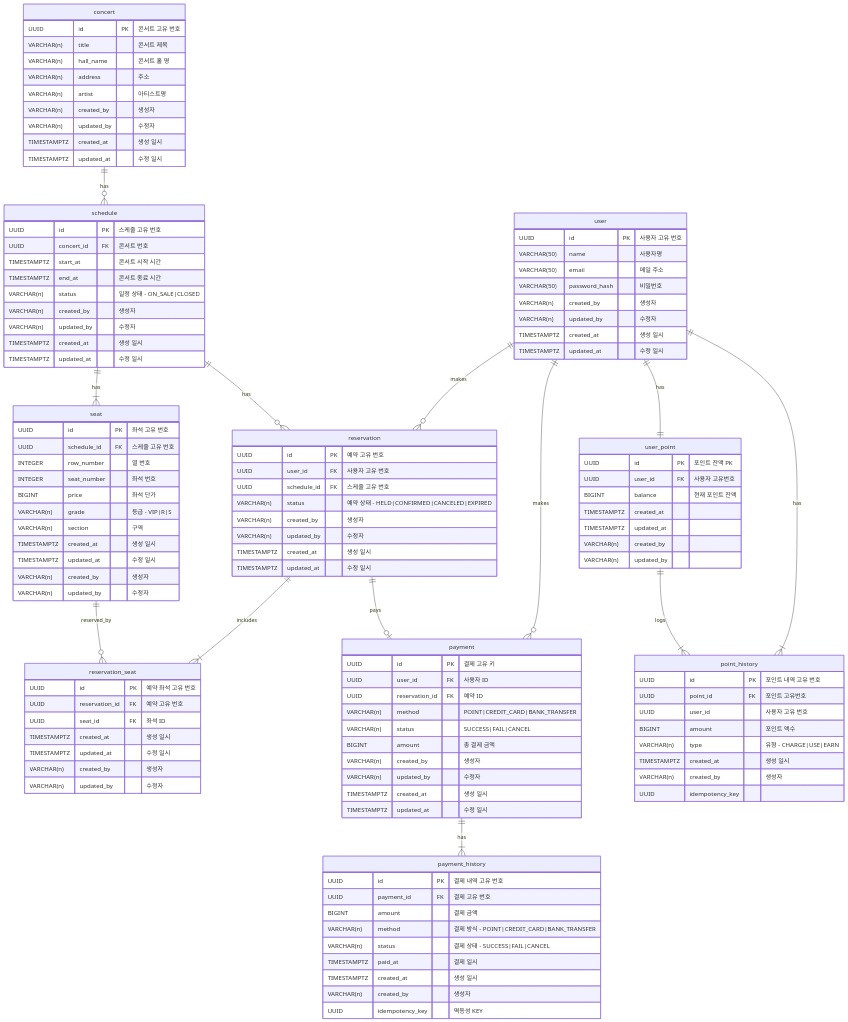
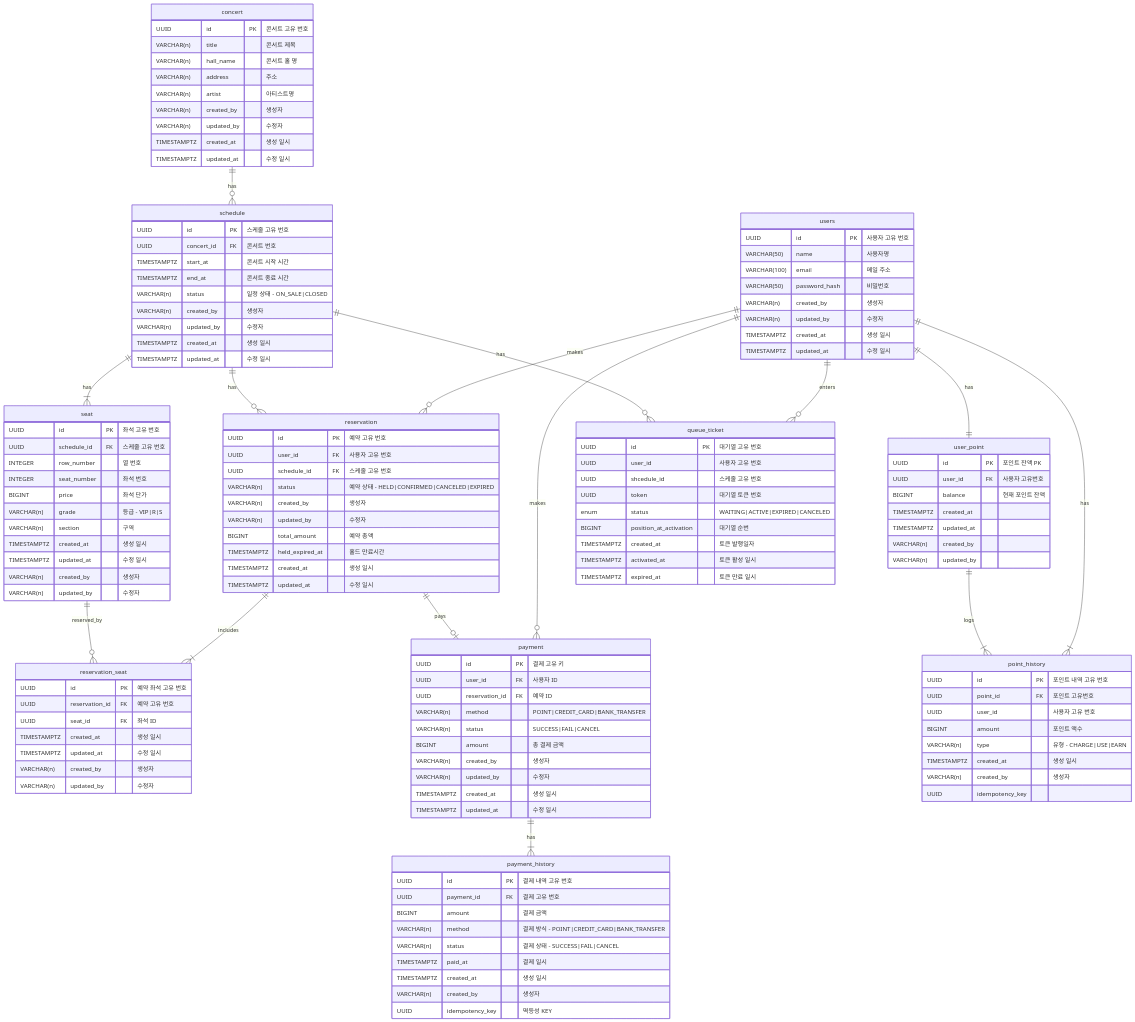
Before and after one commit to seongchanhwang12/concert-hub-api: the diagram in docs/erd.md, drawn with Mermaid. The commit also changed 4 other files, not shown here.

Commit message:
[fix] docs - 문서 참조 오류 수정 및 erd que-token 추가

````diff
--- a/docs/erd.md
+++ b/docs/erd.md
@@ -24,10 +24,10 @@
 erDiagram
 
 
-    user {
+    users {
         UUID id PK "사용자 고유 번호"
         VARCHAR(50) name  "사용자명"
-        VARCHAR(50) email  "메일 주소"
+        VARCHAR(100) email  "메일 주소"
         VARCHAR(50) password_hash  "비밀번호"
         VARCHAR(n) created_by "생성자"
         VARCHAR(n) updated_by "수정자"
@@ -66,6 +66,8 @@
         VARCHAR(n) status  "예약 상태 - HELD|CONFIRMED|CANCELED|EXPIRED"
         VARCHAR(n) created_by "생성자"
         VARCHAR(n) updated_by "수정자"
+        BIGINT  total_amount "예약 총액"
+        TIMESTAMPTZ held_expired_at "홀드 만료시간"
         TIMESTAMPTZ created_at "생성 일시"
         TIMESTAMPTZ updated_at "수정 일시"
     }
@@ -139,11 +141,23 @@
         VARCHAR(n) created_by "생성자"
         UUID idempotency_key
     }
+    
+    queue_ticket{
+        UUID id PK "대기열 고유 번호"
+        UUID user_id "사용자 고유 번호"
+        UUID shcedule_id "스케줄 고유 번호"
+        UUID token "대기열 토큰 번호"
+        enum status "WAITING|ACTIVE|EXPIRED|CANCELED"
+        BIGINT position_at_activation "대기열 순번"
+        TIMESTAMPTZ created_at "토큰 발행일자"
+        TIMESTAMPTZ activated_at "토큰 활성 일시"
+        TIMESTAMPTZ expired_at "토큰 만료 일시"
+    }
 
-    user ||--o{ reservation : "makes"
-    user ||--o{ payment : "makes"
-    user ||--|| user_point : "has"
-    user ||--|{ point_history : "has"
+    users ||--o{ reservation : "makes"
+    users ||--o{ payment : "makes"
+    users ||--|| user_point : "has"
+    users ||--|{ point_history : "has"
 
     payment ||--|{ payment_history : "has"
 
@@ -155,4 +169,7 @@
     reservation ||--|{ reservation_seat : "includes"
     user_point ||--|{ point_history : "logs"
     seat ||--o{ reservation_seat : "reserved_by"
+    
+    users ||--o{ queue_ticket : enters 
+    schedule ||--o{ queue_ticket :has 
 ```
````
